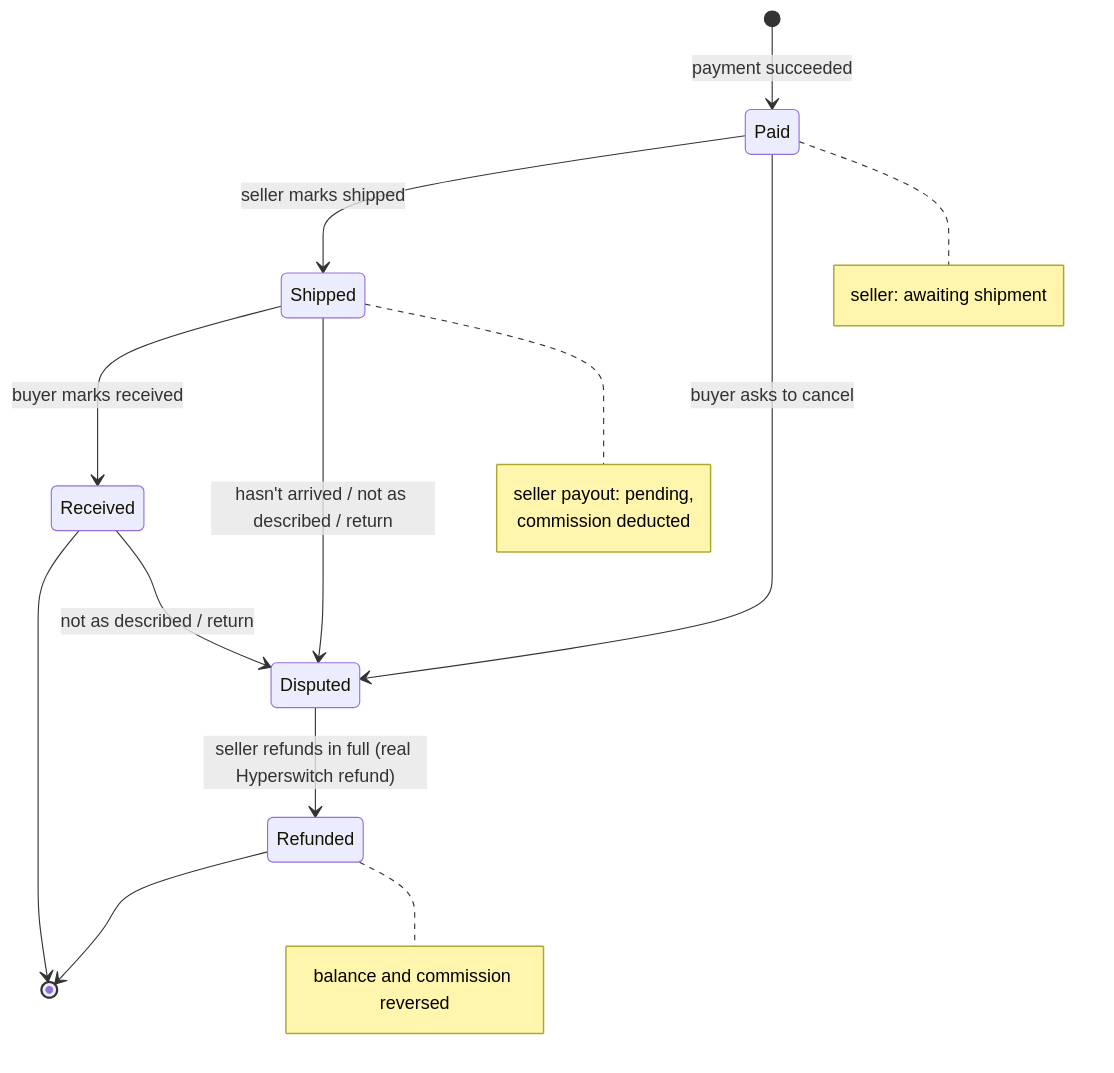
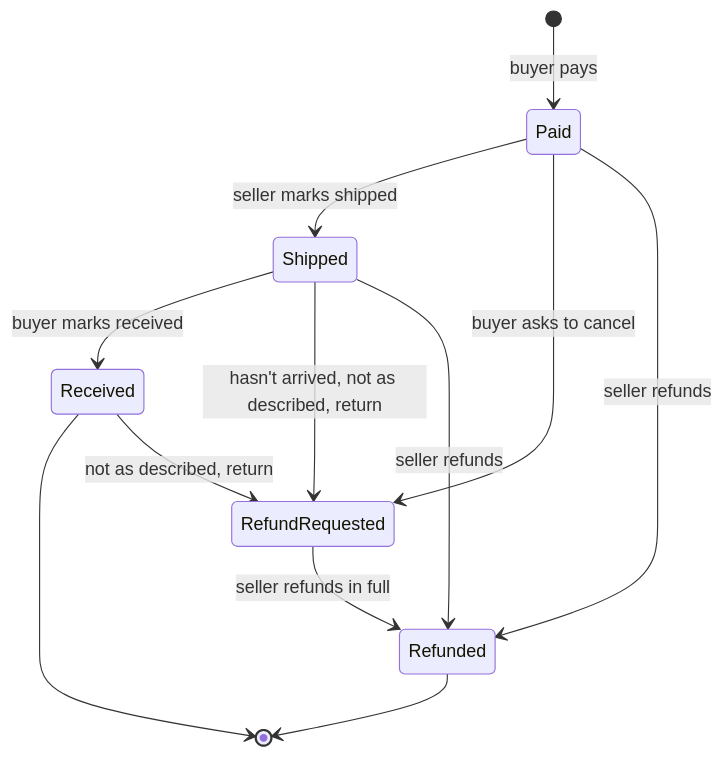
Before and after one commit to jamespotash0/juspay-prototype: the third of 8 diagrams in README.md, drawn with Mermaid. The commit also changed other lines of this file, not shown here.

Commit message:
README: product-first rewrite with flow diagrams, Hyperswitch setup and routing, outcomes, edge cases and out of scope

````diff
--- a/README.md
+++ b/README.md
@@ -219,23 +116,14 @@
 ```mermaid
 stateDiagram-v2
-  [*] --> Paid: payment succeeded
+  [*] --> Paid: buyer pays
   Paid --> Shipped: seller marks shipped
   Shipped --> Received: buyer marks received
   Received --> [*]
-  Paid --> Disputed: buyer asks to cancel
-  Shipped --> Disputed: hasn't arrived / not as described / return
-  Received --> Disputed: not as described / return
-  Disputed --> Refunded: seller refunds in full (real Hyperswitch refund)
+  Paid --> RefundRequested: buyer asks to cancel
+  Shipped --> RefundRequested: hasn't arrived, not as described, return
+  Received --> RefundRequested: not as described, return
+  RefundRequested --> Refunded: seller refunds in full
+  Paid --> Refunded: seller refunds
+  Shipped --> Refunded: seller refunds
   Refunded --> [*]
-
-  note right of Paid
-    seller: awaiting shipment
-  end note
-  note right of Shipped
-    seller payout: pending,
-    commission deducted
-  end note
-  note right of Refunded
-    balance and commission reversed
-  end note
 ```
````
